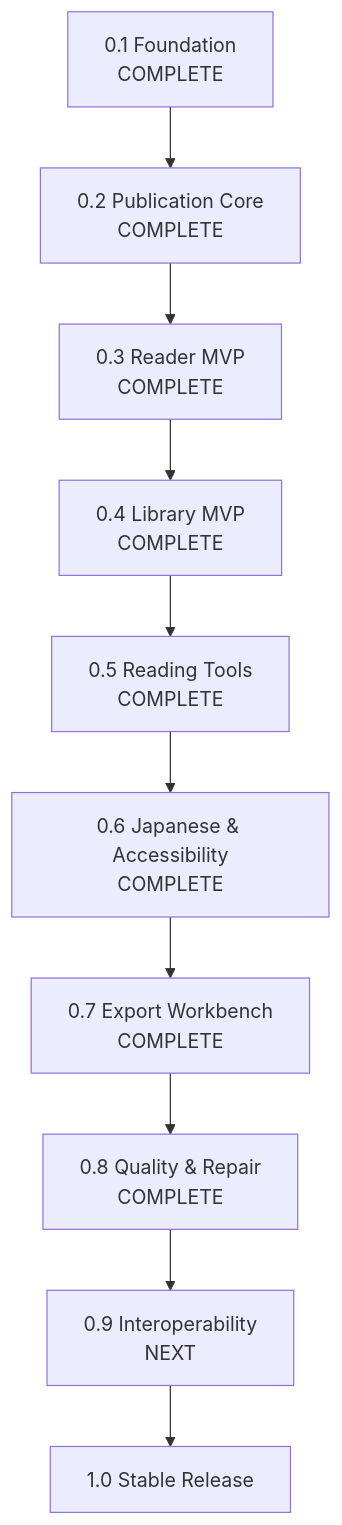
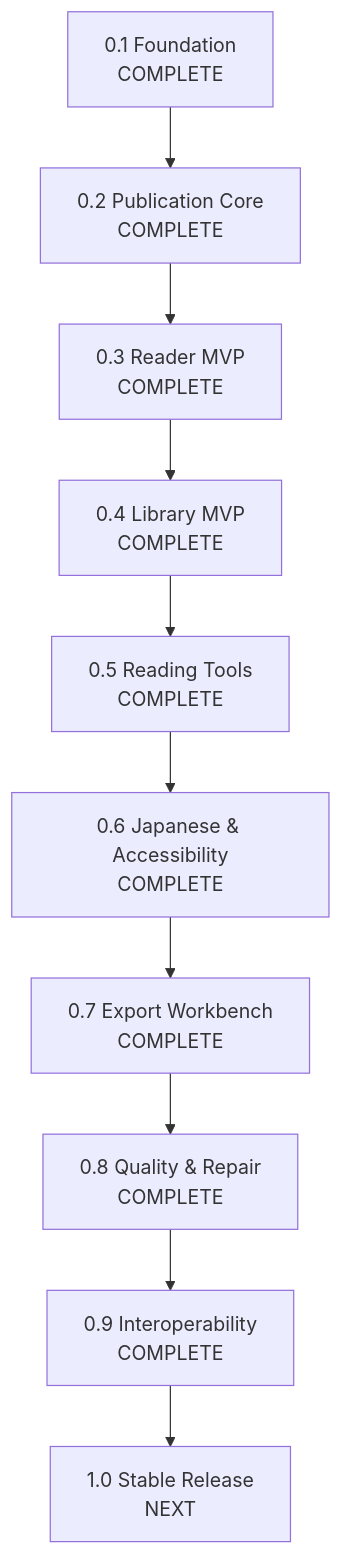
Before and after one commit to bosatsu25/ReflowPress: the diagram in docs/roadmap.md, drawn with Mermaid. The commit also changed other lines of this file and 10 other files, not shown here.

Commit message:
docs(interop): add ADR 0009, user guides, and update roadmap to Milestone 0.9 Complete

````diff
--- a/docs/roadmap.md
+++ b/docs/roadmap.md
@@ -14,12 +14,12 @@
 ```mermaid
 flowchart TD
     M01[0.1 Foundation<br/>COMPLETE] --> M02[0.2 Publication Core<br/>COMPLETE]
     M02 --> M03[0.3 Reader MVP<br/>COMPLETE]
     M03 --> M04[0.4 Library MVP<br/>COMPLETE]
     M04 --> M05[0.5 Reading Tools<br/>COMPLETE]
     M05 --> M06[0.6 Japanese & Accessibility<br/>COMPLETE]
     M06 --> M07[0.7 Export Workbench<br/>COMPLETE]
     M07 --> M08[0.8 Quality & Repair<br/>COMPLETE]
-    M08 --> M09[0.9 Interoperability<br/>NEXT]
-    M09 --> M10[1.0 Stable Release]
+    M08 --> M09[0.9 Interoperability<br/>COMPLETE]
+    M09 --> M10[1.0 Stable Release<br/>NEXT]
 ```
````
